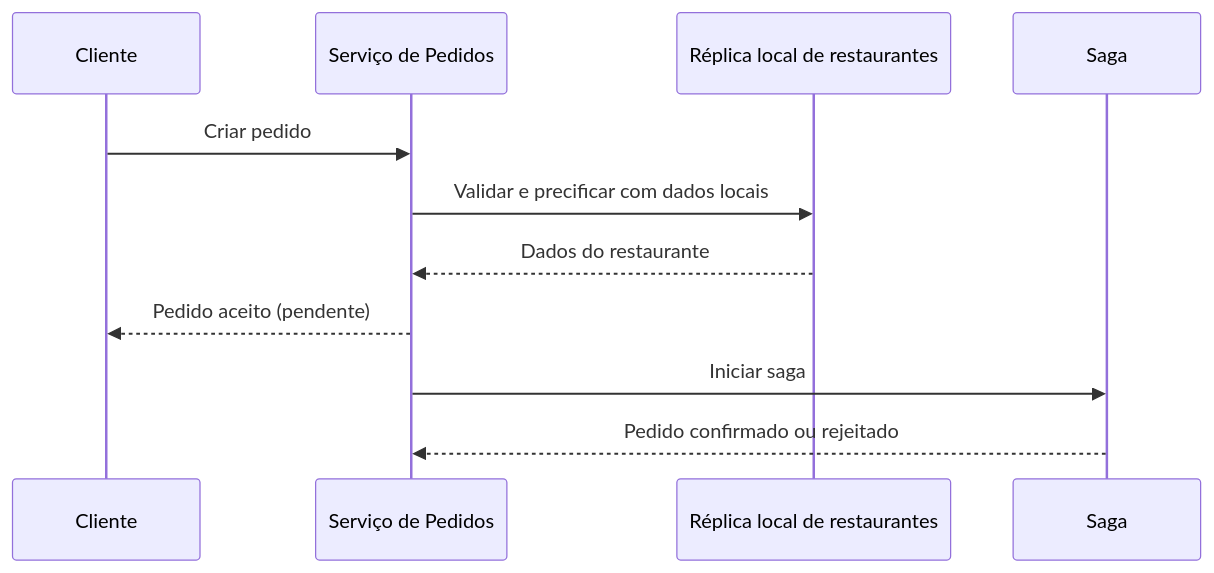
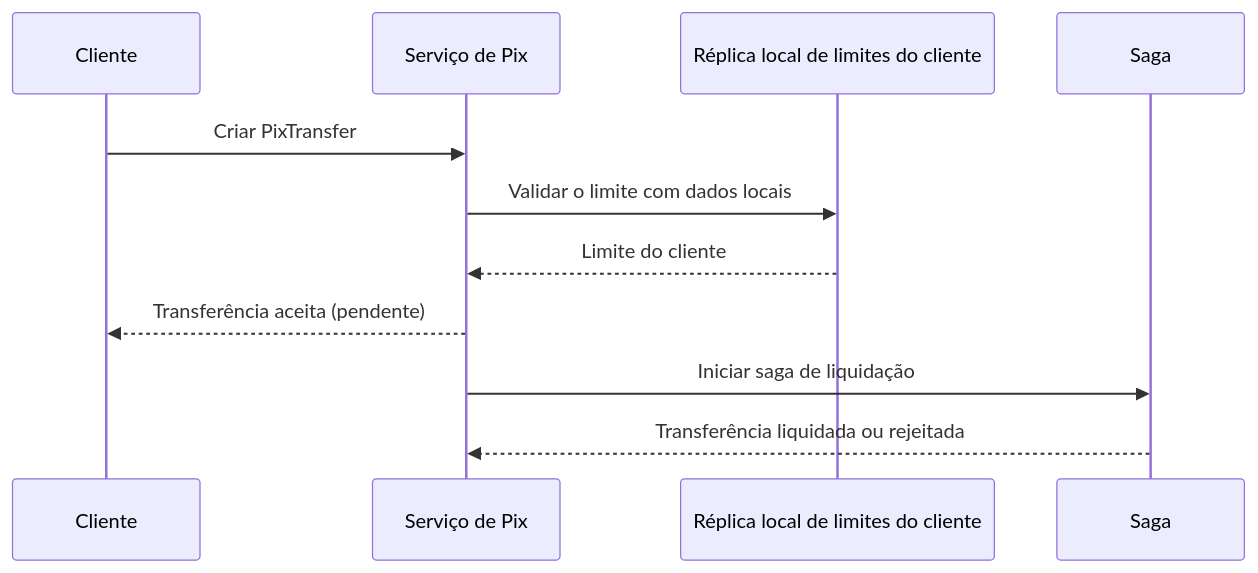
One commit to alancesar/design-patterns changed the diagram in docs/architecture/microservices/service-boundaries/self-contained-service.md. Above: the diagram before and after it, drawn with Mermaid. The commit also changed other lines of this file and 27 other files, not shown here.

Commit message:
Switch microservices concrete diagrams to fintech scenarios

````diff
--- a/docs/architecture/microservices/service-boundaries/self-contained-service.md
+++ b/docs/architecture/microservices/service-boundaries/self-contained-service.md
@@ -50,13 +50,13 @@
 ```mermaid
 sequenceDiagram
     participant C as Cliente
-    participant P as Serviço de Pedidos
-    participant R as Réplica local de restaurantes
+    participant P as Serviço de Pix
+    participant R as Réplica local de limites do cliente
     participant S as Saga
-    C->>P: Criar pedido
-    P->>R: Validar e precificar com dados locais
-    R-->>P: Dados do restaurante
-    P-->>C: Pedido aceito (pendente)
-    P->>S: Iniciar saga
-    S-->>P: Pedido confirmado ou rejeitado
+    C->>P: Criar PixTransfer
+    P->>R: Validar o limite com dados locais
+    R-->>P: Limite do cliente
+    P-->>C: Transferência aceita (pendente)
+    P->>S: Iniciar saga de liquidação
+    S-->>P: Transferência liquidada ou rejeitada
 ```
````
